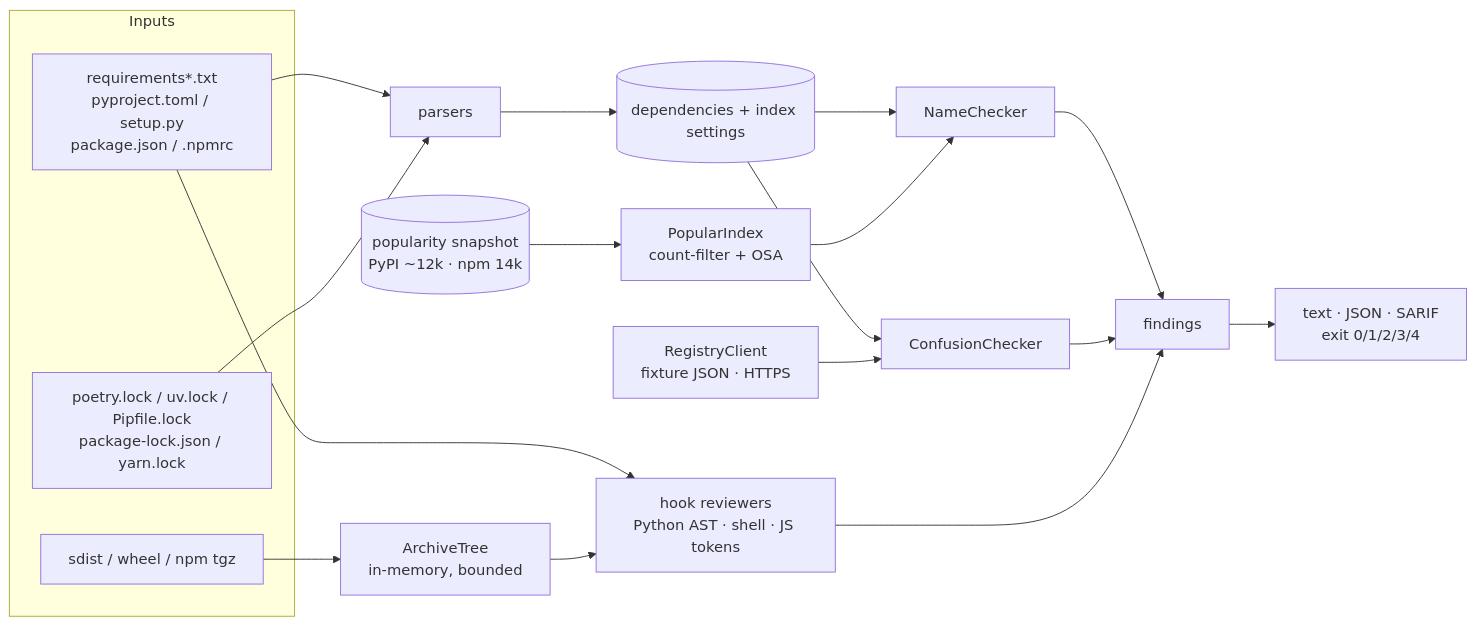
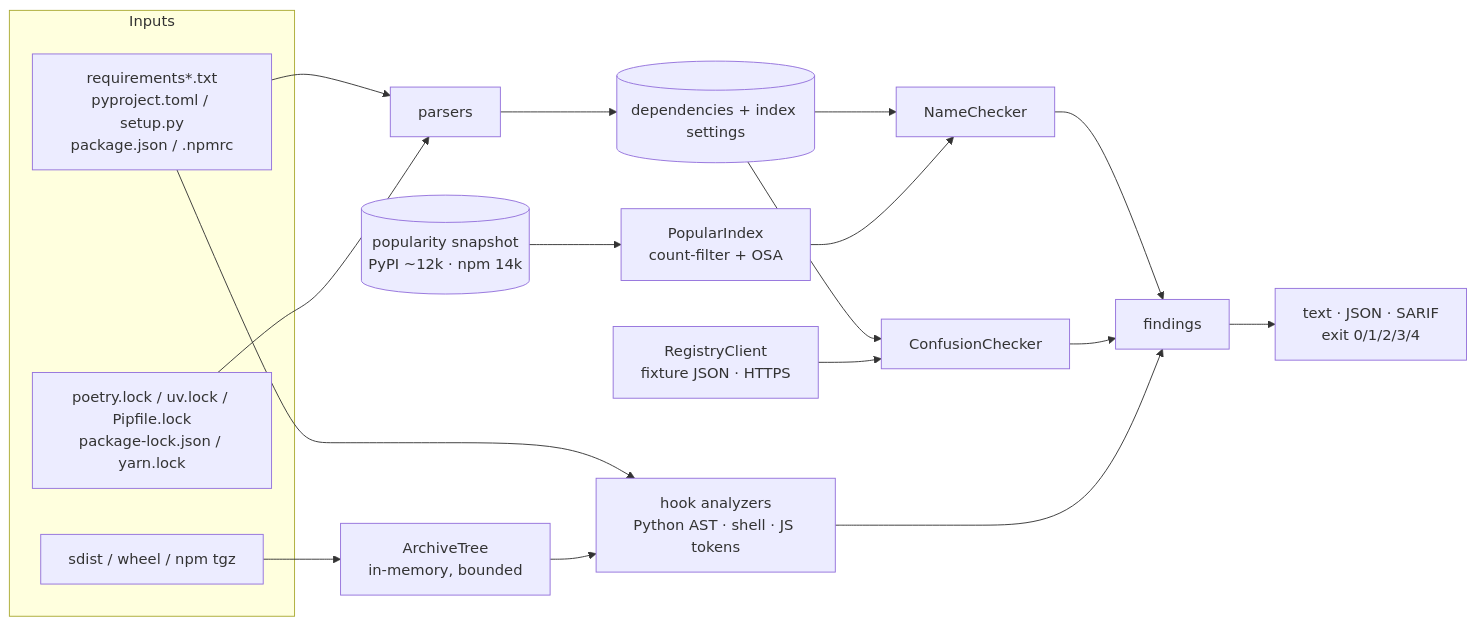
One commit to SlateGitOrg/squatwatch changed the diagram in README.md. Above: the diagram before and after it, drawn with Mermaid. The commit also changed 1 other file, not shown here.

Commit message:
docs: describe design decisions on their own terms

````diff
--- a/README.md
+++ b/README.md
@@ -55,20 +55,20 @@
 ```mermaid
 flowchart LR
     subgraph Inputs
         M[requirements*.txt<br/>pyproject.toml / setup.py<br/>package.json / .npmrc]
         L[poetry.lock / uv.lock / Pipfile.lock<br/>package-lock.json / yarn.lock]
         A[sdist / wheel / npm tgz]
     end
     M & L --> P[parsers]
     P --> D[(dependencies + index settings)]
     D --> N[NameChecker]
     S[(popularity snapshot<br/>PyPI ~12k · npm 14k)] --> I[PopularIndex<br/>count-filter + OSA]
     I --> N
     D --> C[ConfusionChecker]
     R[RegistryClient<br/>fixture JSON · HTTPS] --> C
     A --> T[ArchiveTree<br/>in-memory, bounded]
     M --> H
-    T --> H[hook reviewers<br/>Python AST · shell · JS tokens]
+    T --> H[hook analyzers<br/>Python AST · shell · JS tokens]
     N & C & H --> F[findings]
     F --> O[text · JSON · SARIF<br/>exit 0/1/2/3/4]
 ```
````
